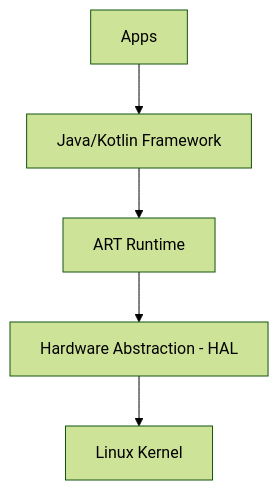
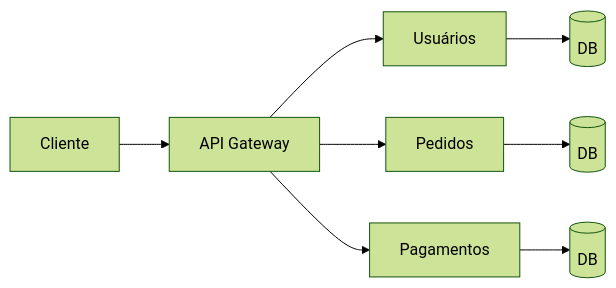
One commit to ricardotecpro/ads_mod_11_qualidade_e_testes_de_software changed the diagram in docs/slides/src/slide-01.md. Above: the diagram before and after it, drawn with Mermaid (forest theme). The commit also changed other lines of this file and 186 other files, not shown here.

````diff
--- a/docs/slides/src/slide-01.md
+++ b/docs/slides/src/slide-01.md
@@ -77,7 +67,10 @@
 ```mermaid
-graph TD
-    A[Apps] --> B[Java/Kotlin Framework]
-    B --> C[ART Runtime]
-    C --> D[Hardware Abstraction - HAL]
-    D --> E[Linux Kernel]
+graph LR
+    User[Cliente] --> AGW[API Gateway]
+    AGW --> S1[Usuários]
+    AGW --> S2[Pedidos]
+    AGW --> S3[Pagamentos]
+    S1 --> DB1[(DB)]
+    S2 --> DB2[(DB)]
+    S3 --> DB3[(DB)]
 ```
````
